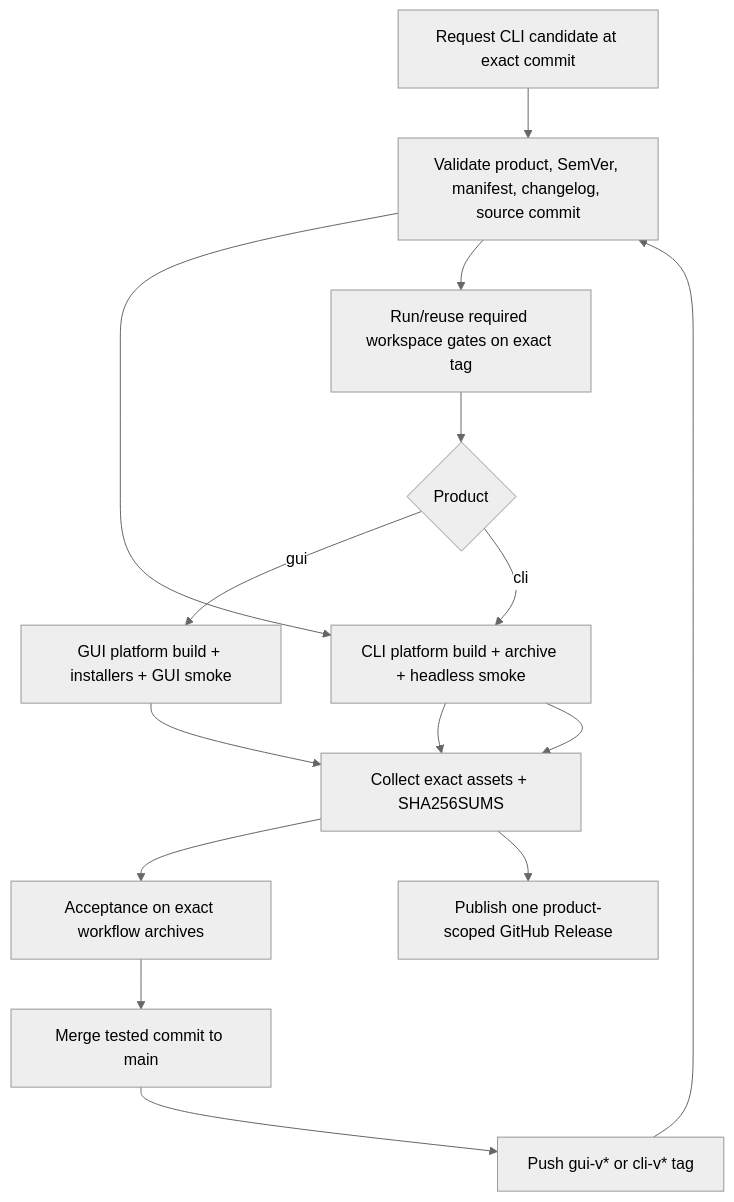
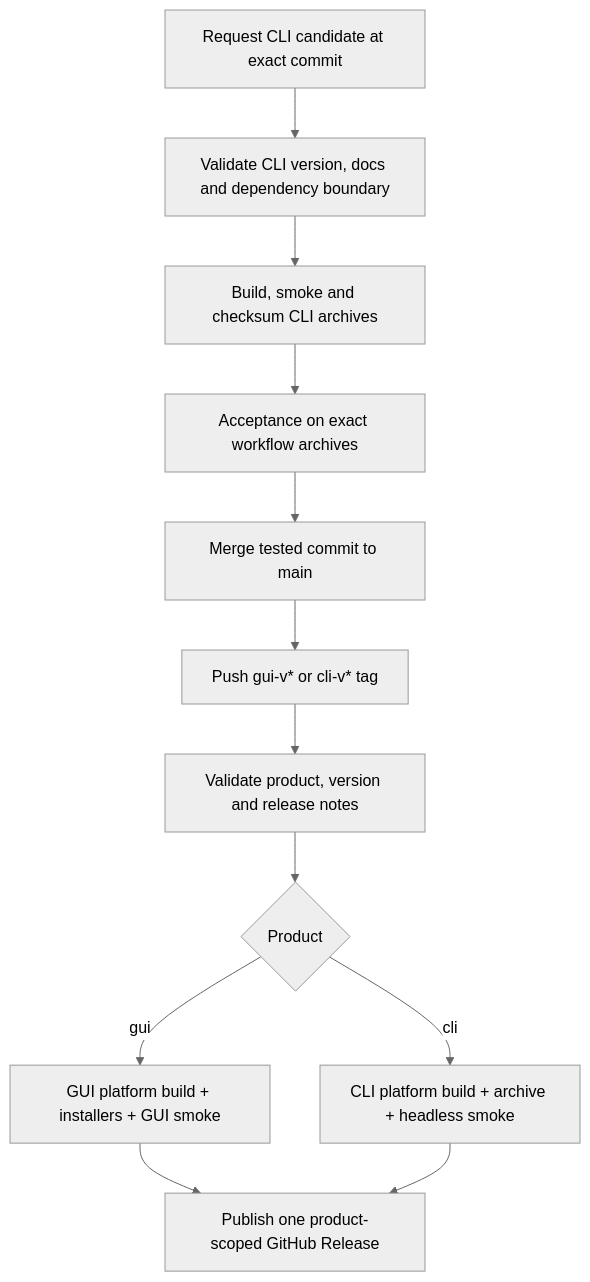
Before and after one commit to maelic13/colosseum: the diagram in docs/architecture/release-architecture.md, drawn with Mermaid (neutral theme). The commit also changed other lines of this file and 9 other files, not shown here.

Commit message:
Phase 9.4: simplify release automation [cli candidate]

````diff
--- a/docs/architecture/release-architecture.md
+++ b/docs/architecture/release-architecture.md
@@ -285,29 +284,26 @@
 ```mermaid
 flowchart TD
     CANDIDATE["Request CLI candidate at exact commit"]
+    CMETA["Validate CLI version, docs and dependency boundary"]
+    CBUILD["Build, smoke and checksum CLI archives"]
     ACCEPT["Acceptance on exact workflow archives"]
     MERGE["Merge tested commit to main"]
     TAG["Push gui-v* or cli-v* tag"]
-    META["Validate product, SemVer, manifest, changelog, source commit"]
-    TEST["Run/reuse required workspace gates on exact tag"]
+    META["Validate product, version and release notes"]
     ROUTE{"Product"}
     GUI["GUI platform build + installers + GUI smoke"]
     CLI["CLI platform build + archive + headless smoke"]
-    HASH["Collect exact assets + SHA256SUMS"]
     RELEASE["Publish one product-scoped GitHub Release"]
 
-    CANDIDATE --> META
-    META --> CLI
-    CLI --> HASH
-    HASH --> ACCEPT
+    CANDIDATE --> CMETA
+    CMETA --> CBUILD
+    CBUILD --> ACCEPT
     ACCEPT --> MERGE
     MERGE --> TAG
     TAG --> META
-    META --> TEST
-    TEST --> ROUTE
+    META --> ROUTE
     ROUTE -->|gui| GUI
     ROUTE -->|cli| CLI
-    GUI --> HASH
-    CLI --> HASH
-    HASH --> RELEASE
+    GUI --> RELEASE
+    CLI --> RELEASE
 ```
````
